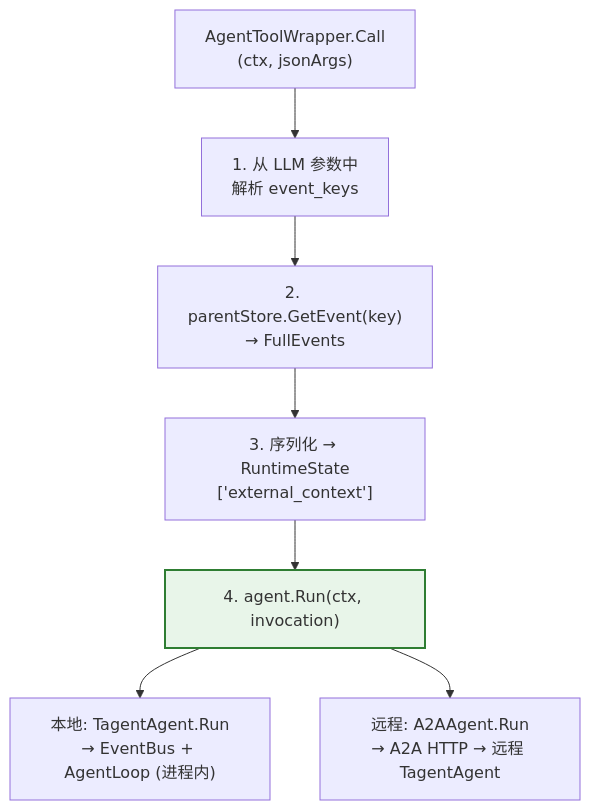
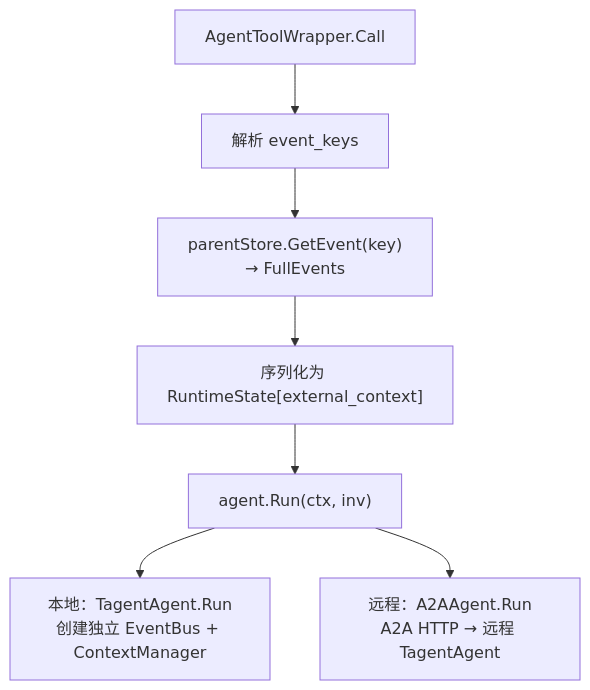
The fifth of 9 diagrams in README.md (SpellingDragon/tagent), drawn with Mermaid before and after one commit. The commit also changed other lines of this file and 320 other files, not shown here.

````diff
--- a/README.md
+++ b/README.md
@@ -275,11 +257,9 @@
 ```mermaid
 graph TD
-    CALL["AgentToolWrapper.Call<br/>(ctx, jsonArgs)"] --> PARSE["1. 从 LLM 参数中<br/>解析 event_keys"]
-    PARSE --> GET["2. parentStore.GetEvent(key)<br/>→ FullEvents"]
-    GET --> SER["3. 序列化 → RuntimeState<br/>['external_context']"]
-    SER --> RUN["4. agent.Run(ctx, invocation)"]
-    RUN --> LOCAL["本地: TagentAgent.Run<br/>→ EventBus + AgentLoop (进程内)"]
-    RUN --> REMOTE["远程: A2AAgent.Run<br/>→ A2A HTTP → 远程 TagentAgent"]
-
-    style RUN fill:#e8f5e9,stroke:#2e7d32,stroke-width:2px
+    CALL["AgentToolWrapper.Call"] --> PARSE["解析 event_keys"]
+    PARSE --> GET["parentStore.GetEvent(key)<br/>→ FullEvents"]
+    GET --> SER["序列化为 RuntimeState[external_context]"]
+    SER --> RUN["agent.Run(ctx, inv)"]
+    RUN --> LOCAL["本地：TagentAgent.Run<br/>创建独立 EventBus + ContextManager"]
+    RUN --> REMOTE["远程：A2AAgent.Run<br/>A2A HTTP → 远程 TagentAgent"]
 ```
````
